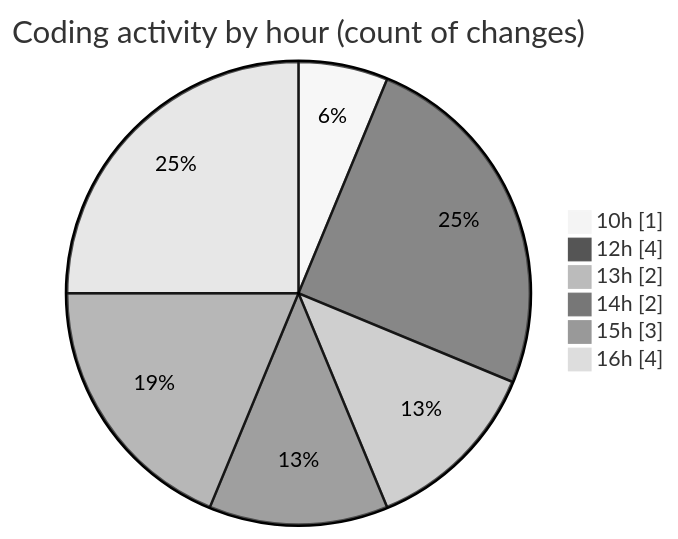
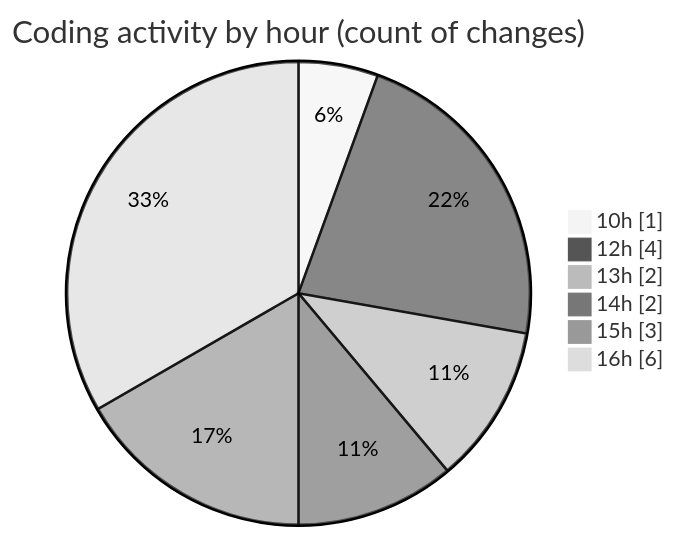
The second of 2 diagrams in 2025-07-09/urlwebwala_intership_work/README.md (Ritupan-Deka/code-tracking), drawn with Mermaid (neutral theme) before and after one commit. The commit also changed other lines of this file and 1 other file, not shown here.

````diff
--- a/2025-07-09/urlwebwala_intership_work/README.md
+++ b/2025-07-09/urlwebwala_intership_work/README.md
@@ -28,10 +28,10 @@
 ```mermaid
 pie showData
 title Coding activity by hour (count of changes)
 "10h" : 1
 "12h" : 4
 "13h" : 2
 "14h" : 2
 "15h" : 3
-"16h" : 4
+"16h" : 6
 ```
````
